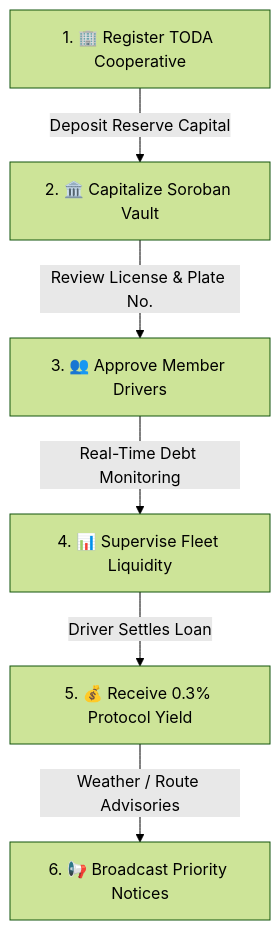
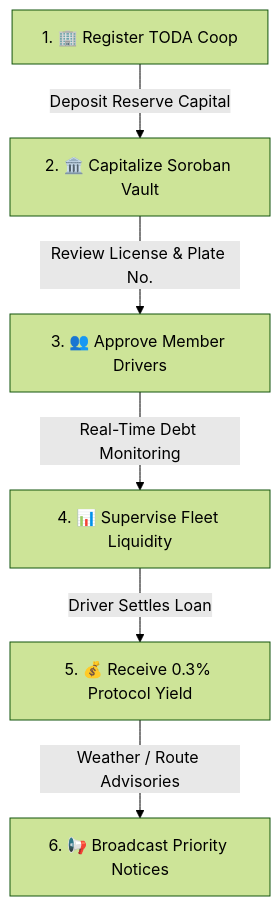
Before and after one commit to zneright/mobilis: the fourth of 5 diagrams in docs/FLOWCHARTS.md, drawn with Mermaid (forest theme). The commit also changed other lines of this file and 1 other file, not shown here.

````diff
--- a/docs/FLOWCHARTS.md
+++ b/docs/FLOWCHARTS.md
@@ -75,8 +75,8 @@
 ```mermaid
 flowchart TD
-    A1[1. 🏢 Register TODA Cooperative] -->|Deposit Reserve Capital| A2[2. 🏛️ Capitalize Soroban Vault]
-    A2 -->|Review License & Plate No.| A3[3. 👥 Approve Member Drivers]
-    A3 -->|Real-Time Debt Monitoring| A4[4. 📊 Supervise Fleet Liquidity]
-    A4 -->|Driver Settles Loan| A5[5. 💰 Receive 0.3% Protocol Yield]
-    A5 -->|Weather / Route Advisories| A6[6. 📢 Broadcast Priority Notices]
+    A1["1. 🏢 Register TODA Coop"] -->|Deposit Reserve Capital| A2["2. 🏛️ Capitalize Soroban Vault"]
+    A2 -->|Review License & Plate No.| A3["3. 👥 Approve Member Drivers"]
+    A3 -->|Real-Time Debt Monitoring| A4["4. 📊 Supervise Fleet Liquidity"]
+    A4 -->|Driver Settles Loan| A5["5. 💰 Receive 0.3% Protocol Yield"]
+    A5 -->|Weather / Route Advisories| A6["6. 📢 Broadcast Priority Notices"]
 ```
````
